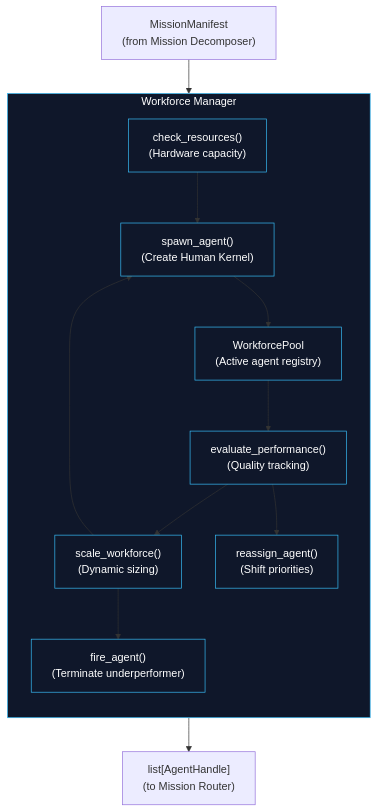
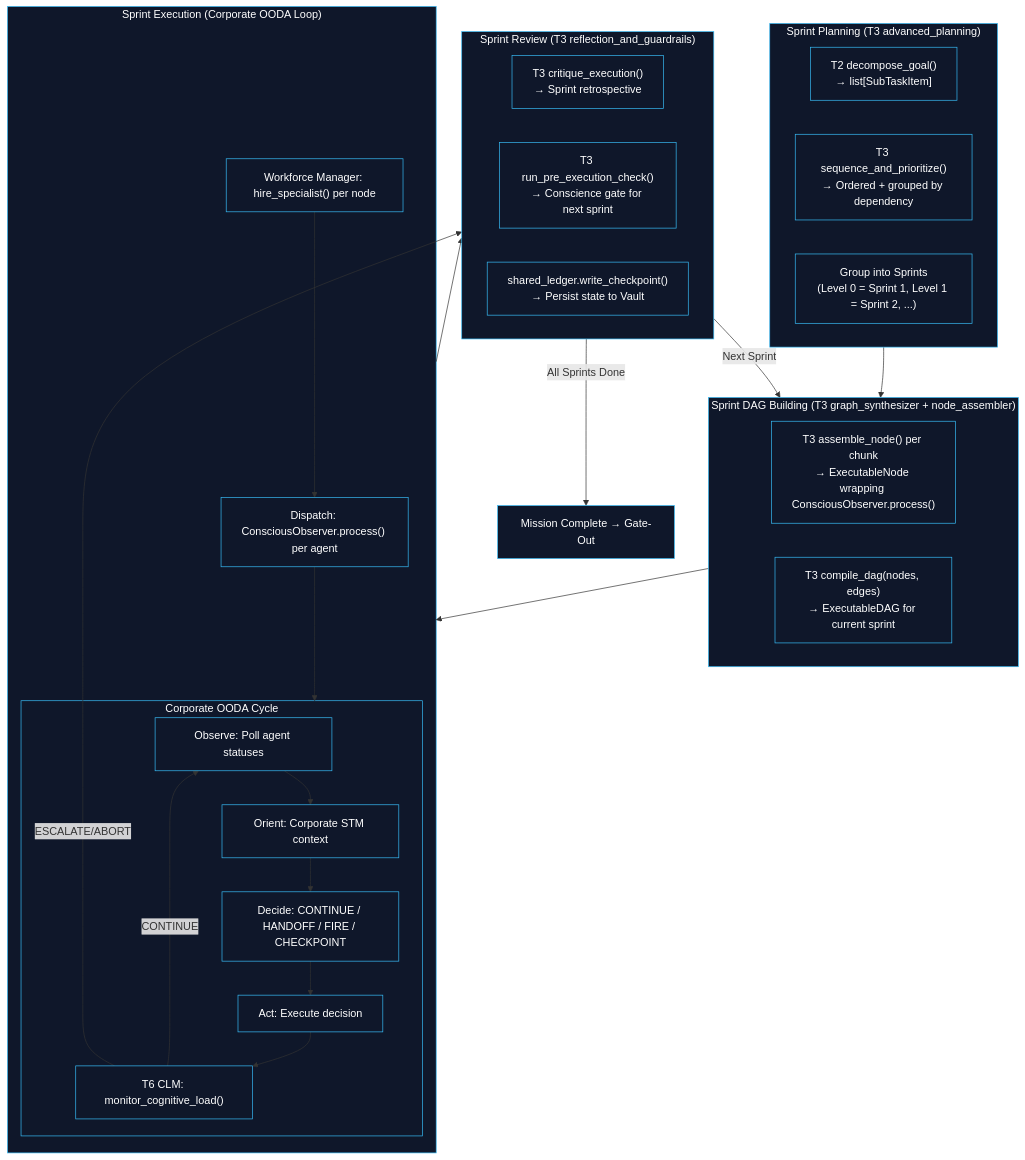
The third of 5 diagrams in redesign/tier_8_architecture.md (azzindani/Kea), drawn with Mermaid before and after one commit. The commit also changed other lines of this file and 1 other file, not shown here.

First line of the commit message:
refactor: consolidate Corporation Kernel from 11 to 5 modules via lower-tier composition

````diff
--- a/redesign/tier_8_architecture.md
+++ b/redesign/tier_8_architecture.md
@@ -315,28 +407,47 @@
 ```mermaid
 flowchart TB
-    nManifest["MissionManifest<br>(from Mission Decomposer)"]
-
-    subgraph sWorkforce["Workforce Manager"]
-        direction TB
-        nCheck["check_resources()<br>(Hardware capacity)"]
-        nSpawn["spawn_agent()<br>(Create Human Kernel)"]
-        nPool["WorkforcePool<br>(Active agent registry)"]
-        nMonitor["evaluate_performance()<br>(Quality tracking)"]
-        nScale["scale_workforce()<br>(Dynamic sizing)"]
-        nFire["fire_agent()<br>(Terminate underperformer)"]
-        nReassign["reassign_agent()<br>(Shift priorities)"]
-
-        nCheck --> nSpawn --> nPool
-        nPool --> nMonitor
-        nMonitor --> nScale
-        nScale --> nSpawn
-        nScale --> nFire
-        nMonitor --> nReassign
+    subgraph sPlan["Sprint Planning (T3 advanced_planning)"]
+        nDecompose["T2 decompose_goal()<br>→ list[SubTaskItem]"]
+        nSequence["T3 sequence_and_prioritize()<br>→ Ordered + grouped by dependency"]
+        nGroup["Group into Sprints<br>(Level 0 = Sprint 1, Level 1 = Sprint 2, ...)"]
     end
 
-    nManifest --> nCheck
-    nPool --> nOutput["list[AgentHandle]<br>(to Mission Router)"]
+    subgraph sBuild["Sprint DAG Building (T3 graph_synthesizer + node_assembler)"]
+        nNodes["T3 assemble_node() per chunk<br>→ ExecutableNode wrapping ConsciousObserver.process()"]
+        nDAG["T3 compile_dag(nodes, edges)<br>→ ExecutableDAG for current sprint"]
+    end
+
+    subgraph sExec["Sprint Execution (Corporate OODA Loop)"]
+        nHire["Workforce Manager: hire_specialist() per node"]
+        nDispatch["Dispatch: ConsciousObserver.process() per agent"]
+
+        subgraph sOODA["Corporate OODA Cycle"]
+            nObserve["Observe: Poll agent statuses"]
+            nOrient["Orient: Corporate STM context"]
+            nDecide["Decide: CONTINUE / HANDOFF / FIRE / CHECKPOINT"]
+            nAct["Act: Execute decision"]
+            nCLM["T6 CLM: monitor_cognitive_load()"]
+
+            nObserve --> nOrient --> nDecide --> nAct --> nCLM
+            nCLM -- "CONTINUE" --> nObserve
+        end
+
+        nHire --> nDispatch --> sOODA
+    end
+
+    subgraph sReview["Sprint Review (T3 reflection_and_guardrails)"]
+        nReview["T3 critique_execution()<br>→ Sprint retrospective"]
+        nCheck["T3 run_pre_execution_check()<br>→ Conscience gate for next sprint"]
+        nCheckpoint["shared_ledger.write_checkpoint()<br>→ Persist state to Vault"]
+    end
+
+    sPlan --> sBuild --> sExec --> sReview
+    sReview -- "Next Sprint" --> sBuild
+    sReview -- "All Sprints Done" --> nComplete["Mission Complete → Gate-Out"]
+
+    nCLM -- "ESCALATE/ABORT" --> sReview
 
     classDef t8 fill:#0f172a,stroke:#38bdf8,stroke-width:1px,color:#fff
-    class sWorkforce,nCheck,nSpawn,nPool,nMonitor,nScale,nFire,nReassign t8
+    class sPlan,sBuild,sExec,sOODA,sReview t8
+    class nDecompose,nSequence,nGroup,nNodes,nDAG,nHire,nDispatch,nObserve,nOrient,nDecide,nAct,nCLM,nReview,nCheck,nCheckpoint,nComplete t8
 ```
````
